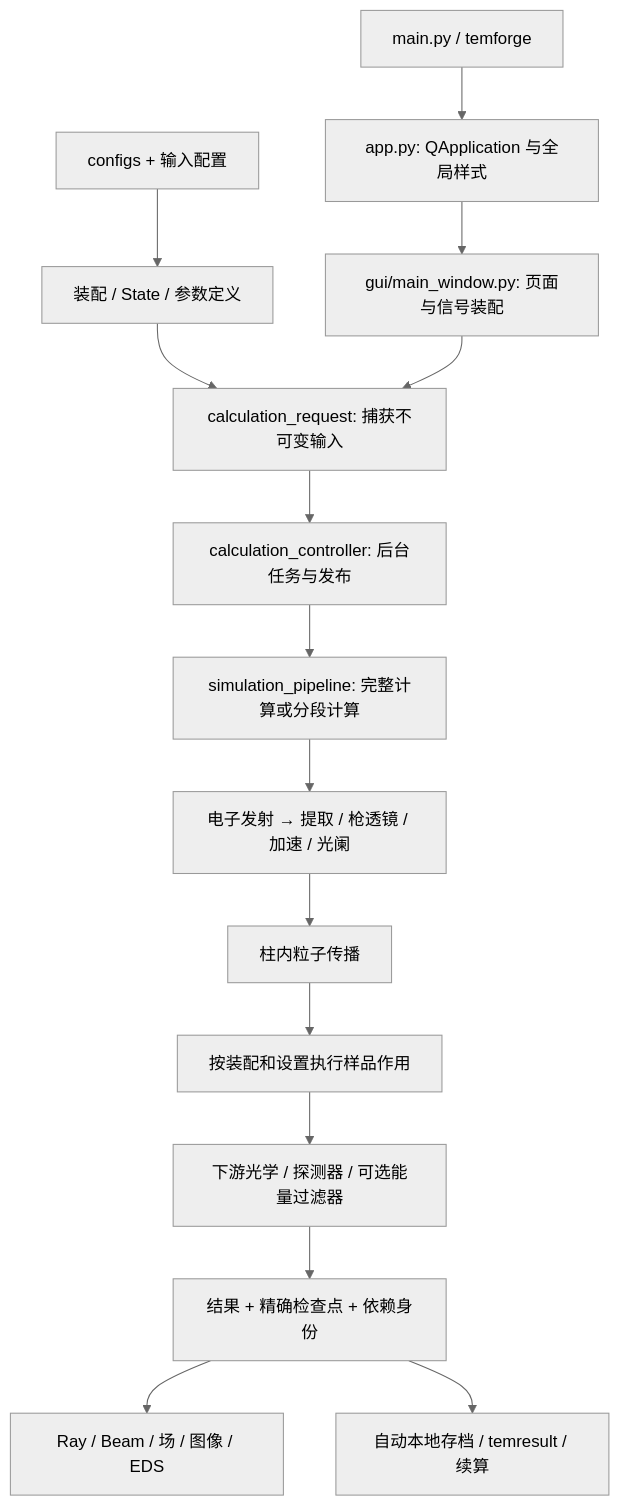
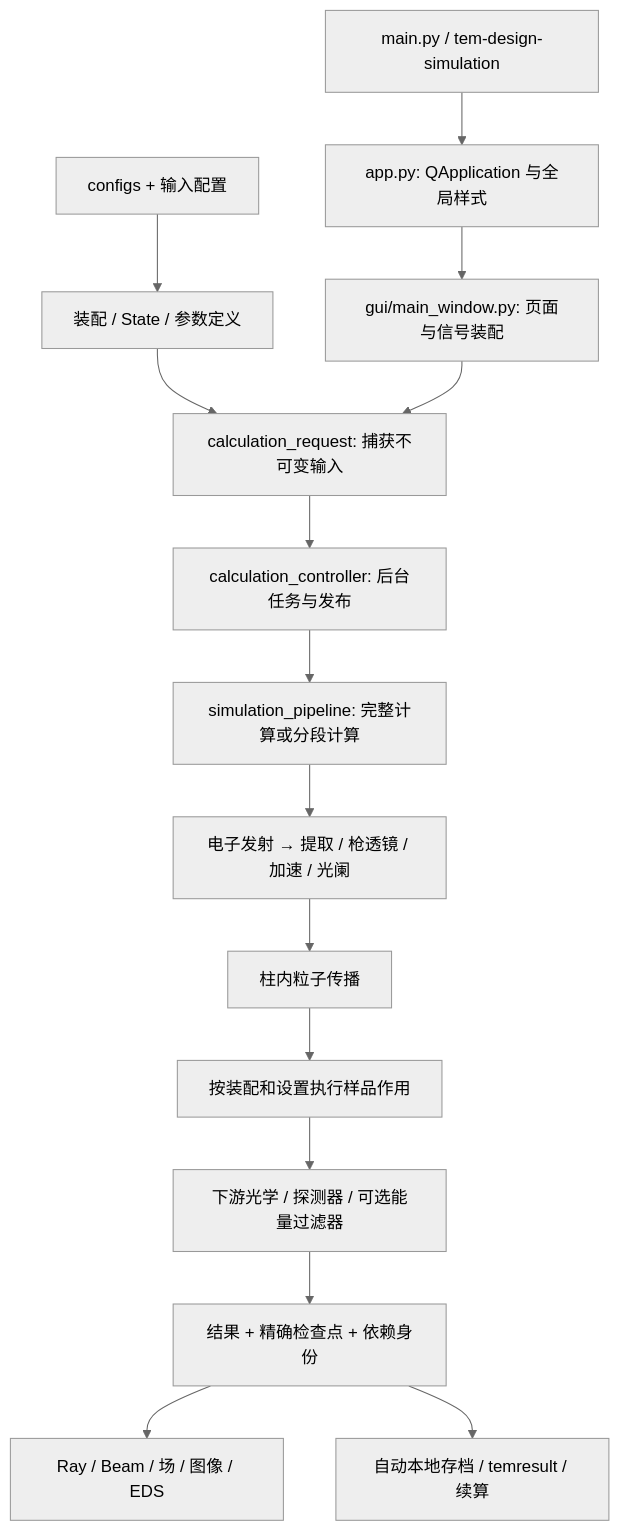
Before and after one commit to MagNetiCLLLL/TEM-Design-and-Simulation: the first of 2 diagrams in docs/PROJECT_MAP.md, drawn with Mermaid (neutral theme). The commit also changed other lines of this file and 36 other files, not shown here.

````diff
--- a/docs/PROJECT_MAP.md
+++ b/docs/PROJECT_MAP.md
@@ -120,17 +120,17 @@
 ```mermaid
 flowchart TD
-    Entry[main.py / temforge] --> App[app.py: QApplication 与全局样式]
+    Entry[main.py / tem-design-simulation] --> App[app.py: QApplication 与全局样式]
     App --> Window[gui/main_window.py: 页面与信号装配]
     Config[configs + 输入配置] --> Model[装配 / State / 参数定义]
     Model --> Capture[calculation_request: 捕获不可变输入]
     Window --> Capture
     Capture --> Control[calculation_controller: 后台任务与发布]
     Control --> Pipe[simulation_pipeline: 完整计算或分段计算]
     Pipe --> Gun[电子发射 → 提取 / 枪透镜 / 加速 / 光阑]
     Gun --> Column[柱内粒子传播]
     Column --> Sample[按装配和设置执行样品作用]
     Sample --> Readout[下游光学 / 探测器 / 可选能量过滤器]
     Readout --> Result[结果 + 精确检查点 + 依赖身份]
     Result --> View[Ray / Beam / 场 / 图像 / EDS]
     Result --> Archive[自动本地存档 / temresult / 续算]
 ```
````
